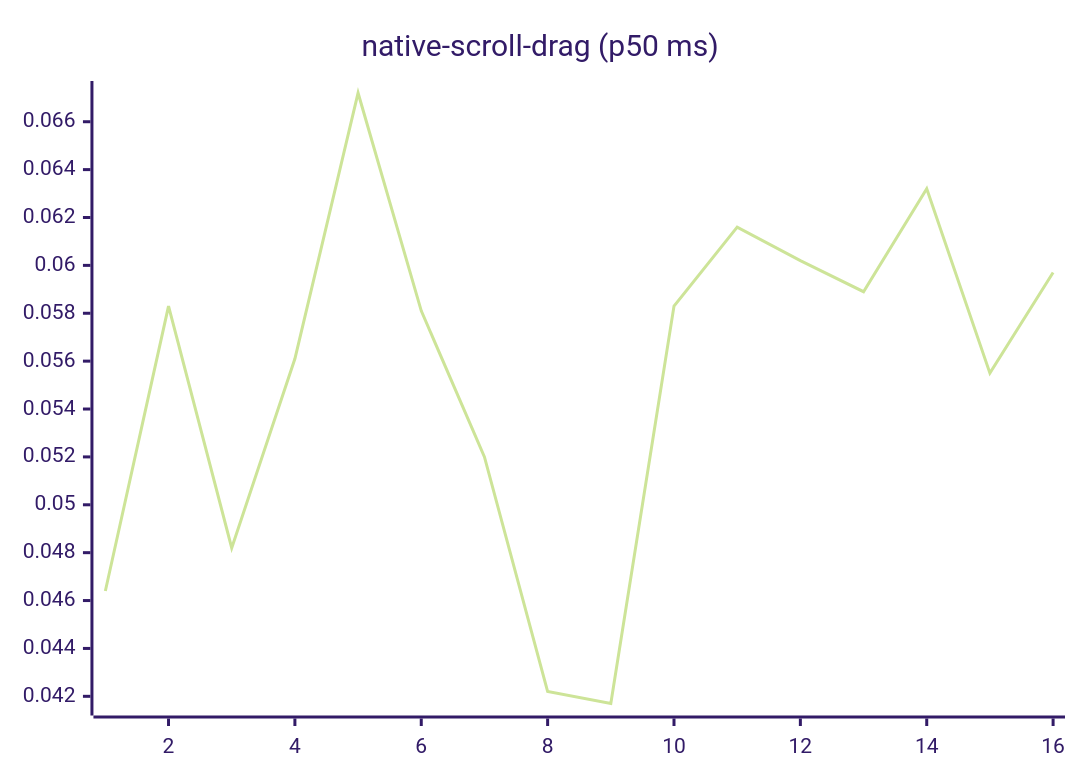
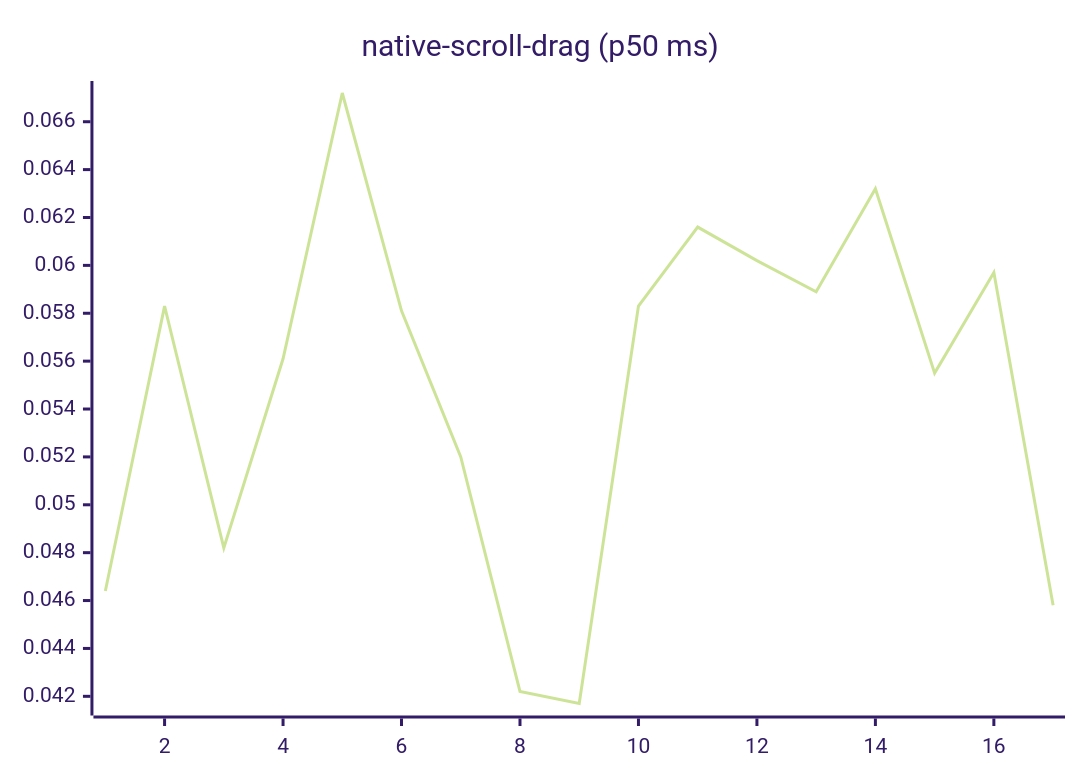
Before and after one commit to josha/Facet: diagram 14 of 27 in README.md, drawn with Mermaid (forest theme). The commit also changed other lines of this file and 2 other files, not shown here.

````diff
--- a/README.md
+++ b/README.md
@@ -154,6 +154,6 @@
 ```mermaid
 xychart-beta
     title "native-scroll-drag (p50 ms)"
-    x-axis 1 --> 16
-    line [0.0464, 0.0583, 0.0482, 0.0561, 0.0672, 0.0581, 0.0520, 0.0422, 0.0417, 0.0583, 0.0616, 0.0602, 0.0589, 0.0632, 0.0555, 0.0597]
+    x-axis 1 --> 17
+    line [0.0464, 0.0583, 0.0482, 0.0561, 0.0672, 0.0581, 0.0520, 0.0422, 0.0417, 0.0583, 0.0616, 0.0602, 0.0589, 0.0632, 0.0555, 0.0597, 0.0458]
 ```
````
